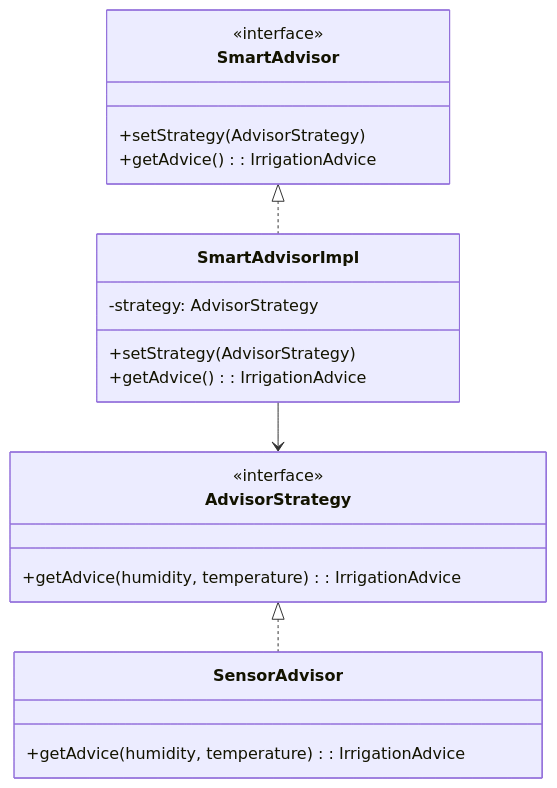
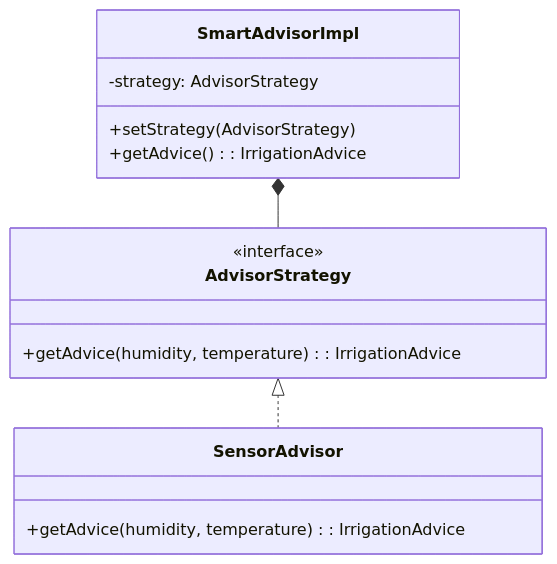
One commit to filippo16/pss-23-24-SystemGarden-Lutterotti changed the fifth of 6 diagrams in README.md. Above: the diagram before and after it, drawn with Mermaid. The commit also changed other lines of this file, not shown here.

````diff
--- a/README.md
+++ b/README.md
@@ -288,27 +308,20 @@
 ```mermaid
 classDiagram
     class AdvisorStrategy {
         <<interface>>
         +getAdvice( humidity, temperature ): IrrigationAdvice
     }
 
     class SensorAdvisor {
         +getAdvice( humidity, temperature ): IrrigationAdvice
     }
 
-    class SmartAdvisor {
-        <<interface>>
-        +setStrategy( AdvisorStrategy )
-        +getAdvice(): IrrigationAdvice
-    }
-
     class SmartAdvisorImpl {
         -strategy: AdvisorStrategy
         +setStrategy( AdvisorStrategy )
         +getAdvice(): IrrigationAdvice
     }
 
     AdvisorStrategy <|.. SensorAdvisor
-    SmartAdvisor <|.. SmartAdvisorImpl
-    SmartAdvisorImpl --> AdvisorStrategy
+    SmartAdvisorImpl *-- AdvisorStrategy
 ```
````
